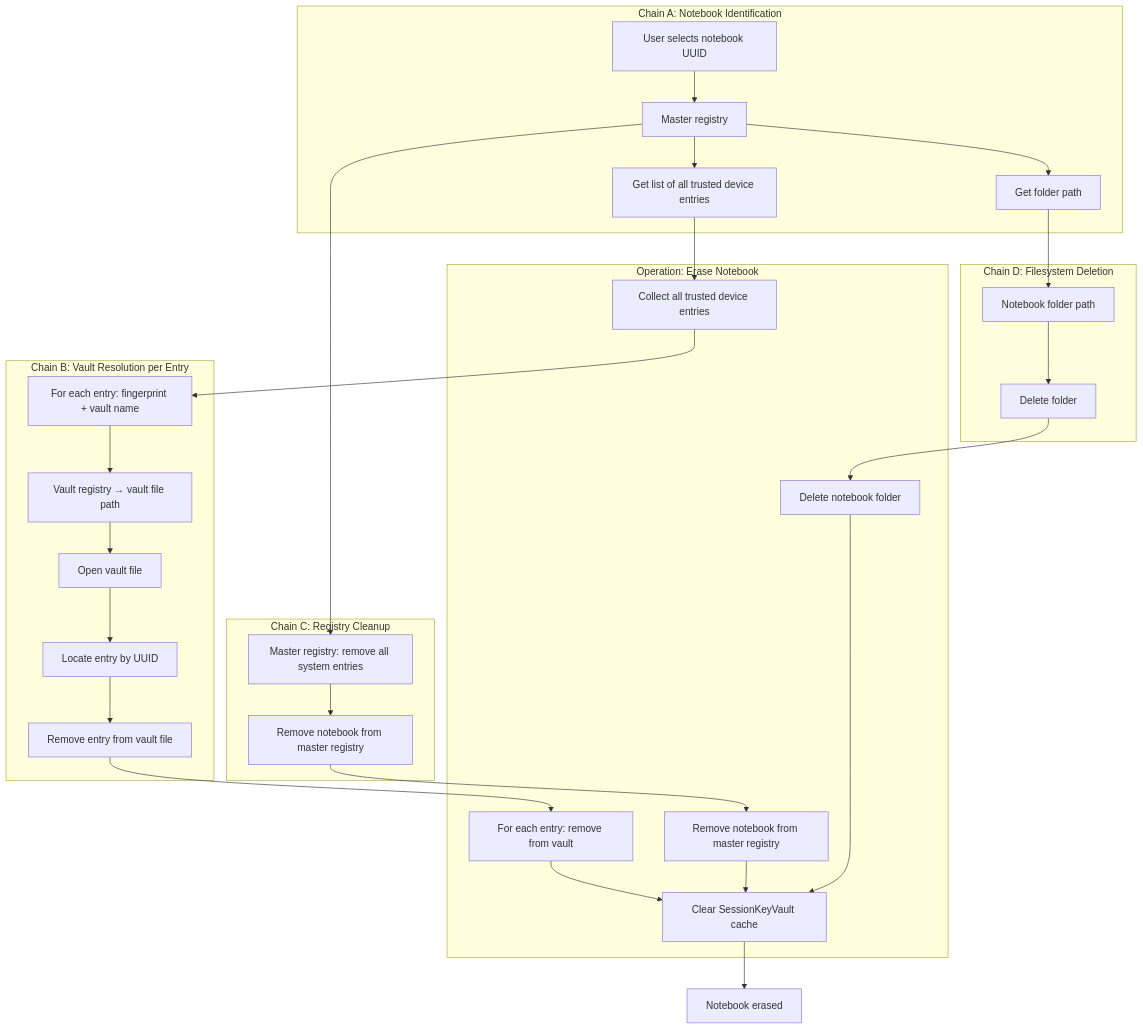
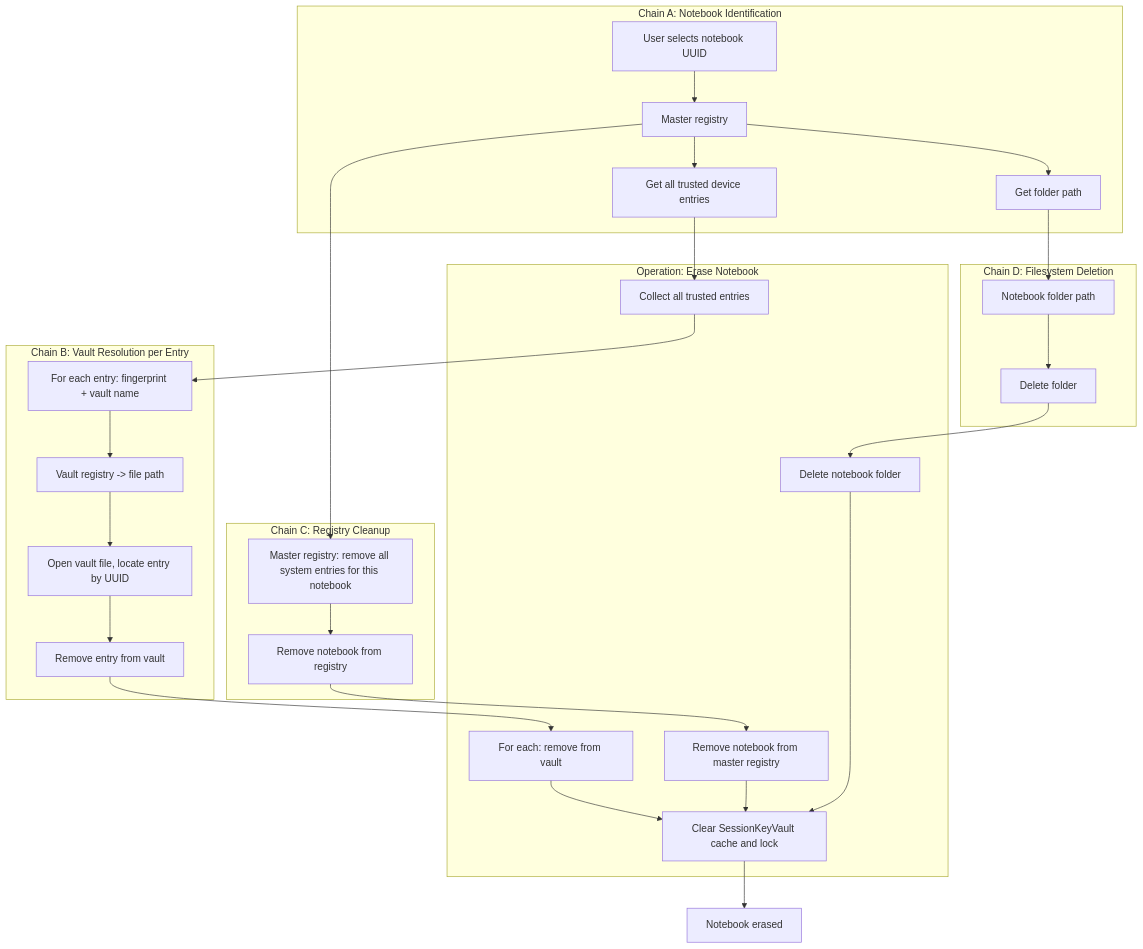
One commit to sys-ronin/rough_docu changed the third of 4 diagrams in UUID.md. Above: the diagram before and after it, drawn with Mermaid. The commit also changed other lines of this file, not shown here.

````diff
--- a/UUID.md
+++ b/UUID.md
@@ -139,49 +163,46 @@
 ```mermaid
 flowchart TD
     subgraph ChainA["Chain A: Notebook Identification"]
         A1["User selects notebook UUID"] --> A2["Master registry"]
         A2 --> A3["Get folder path"]
-        A2 --> A4["Get list of all trusted device entries"]
+        A2 --> A4["Get all trusted device entries"]
     end
 
     subgraph ChainB["Chain B: Vault Resolution per Entry"]
-        B1["For each entry: fingerprint + vault name"]
-        B1 --> B2["Vault registry → vault file path"]
-        B2 --> B3["Open vault file"]
-        B3 --> B4["Locate entry by UUID"]
-        B4 --> B5["Remove entry from vault file"]
+        B1["For each entry: fingerprint + vault name"] --> B2["Vault registry -> file path"]
+        B2 --> B3["Open vault file, locate entry by UUID"]
+        B3 --> B4["Remove entry from vault"]
     end
 
     subgraph ChainC["Chain C: Registry Cleanup"]
-        C1["Master registry: remove all system entries"]
-        C1 --> C2["Remove notebook from master registry"]
+        C1["Master registry: remove all system entries for this notebook"] --> C2["Remove notebook from registry"]
     end
 
     subgraph ChainD["Chain D: Filesystem Deletion"]
         D1["Notebook folder path"] --> D2["Delete folder"]
     end
 
     subgraph Operation["Operation: Erase Notebook"]
-        O1["Collect all trusted device entries"]
-        O2["For each entry: remove from vault"]
+        O1["Collect all trusted entries"]
+        O2["For each: remove from vault"]
         O3["Remove notebook from master registry"]
         O4["Delete notebook folder"]
-        O5["Clear SessionKeyVault cache"]
+        O5["Clear SessionKeyVault cache and lock"]
     end
 
     A4 --> O1
     O1 --> B1
-    B5 --> O2
+    B4 --> O2
 
     A2 --> C1
     C2 --> O3
 
     A3 --> D1
     D2 --> O4
 
     O2 --> O5
     O3 --> O5
     O4 --> O5
 
     O5 --> End["Notebook erased"]
 ```
````
